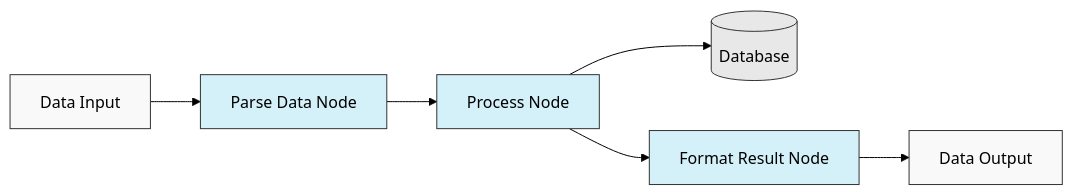
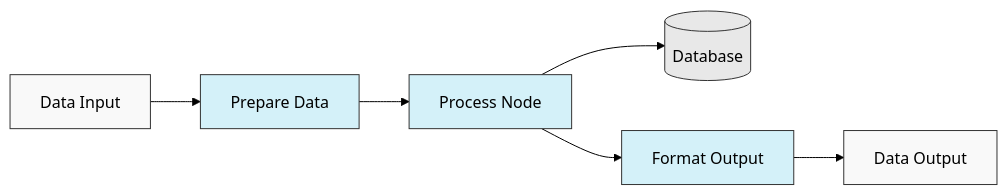
One commit to AgentDock/AgentDock changed the first of 3 diagrams in docs/README.md. Above: the diagram before and after it, drawn with Mermaid (forest theme). The commit also changed other lines of this file and 6 other files, not shown here.

````diff
--- a/docs/README.md
+++ b/docs/README.md
@@ -35,15 +35,15 @@
 ```mermaid
 flowchart LR
-  Input[Data Input] --> Parse[Parse Data Node]
-  Parse --> Process[Process Node]
+  Input[Data Input] --> Prepare[Prepare Data] 
+  Prepare --> Process[Process Node]
   Process --> Database[(Database)]
-  Process --> Format[Format Result Node]
+  Process --> Format[Format Output]
   Format --> Output[Data Output]
   
   style Input fill:#f9f9f9,stroke:#333,stroke-width:1px
   style Output fill:#f9f9f9,stroke:#333,stroke-width:1px
   style Process fill:#d4f1f9,stroke:#333,stroke-width:1px
-  style Parse fill:#d4f1f9,stroke:#333,stroke-width:1px
+  style Prepare fill:#d4f1f9,stroke:#333,stroke-width:1px 
   style Format fill:#d4f1f9,stroke:#333,stroke-width:1px
   style Database fill:#e8e8e8,stroke:#333,stroke-width:1px
 ```
````
